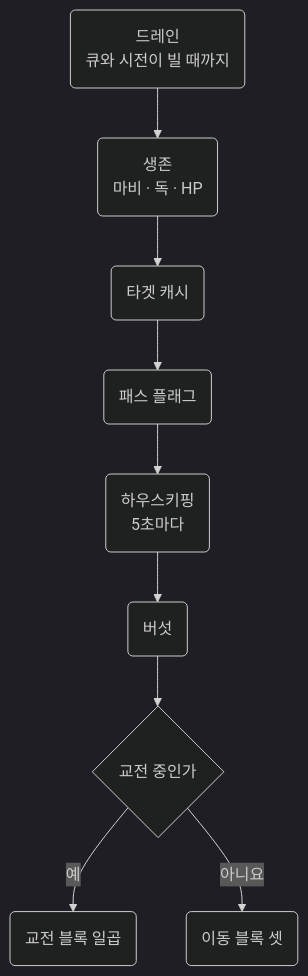
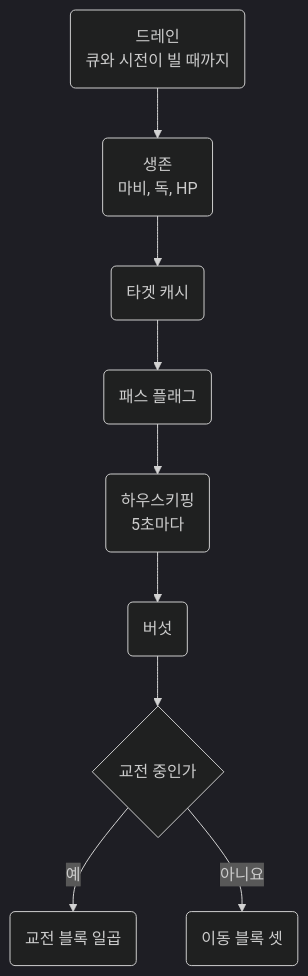
One commit to minu-ha/uoo changed the second of 5 diagrams in document/templates/bard-necro.md. Above: the diagram before and after it, drawn with Mermaid (dark theme). The commit also changed other lines of this file, not shown here.

````diff
--- a/document/templates/bard-necro.md
+++ b/document/templates/bard-necro.md
@@ -1050,6 +1061,6 @@
 ```mermaid
 flowchart TD
-  drain("드레인<br>큐와 시전이 빌 때까지") --> survive("생존<br>마비 · 독 · HP") --> cache("타겟 캐시") --> flags("패스 플래그") --> house("하우스키핑<br>5초마다") --> mush("버섯") --> engaged{"교전 중인가"}
+  drain("드레인<br>큐와 시전이 빌 때까지") --> survive("생존<br>마비, 독, HP") --> cache("타겟 캐시") --> flags("패스 플래그") --> house("하우스키핑<br>5초마다") --> mush("버섯") --> engaged{"교전 중인가"}
   engaged -- 예 --> combat("교전 블록 일곱")
   engaged -- 아니요 --> walk("이동 블록 셋")
 ```
````
